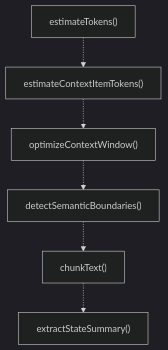
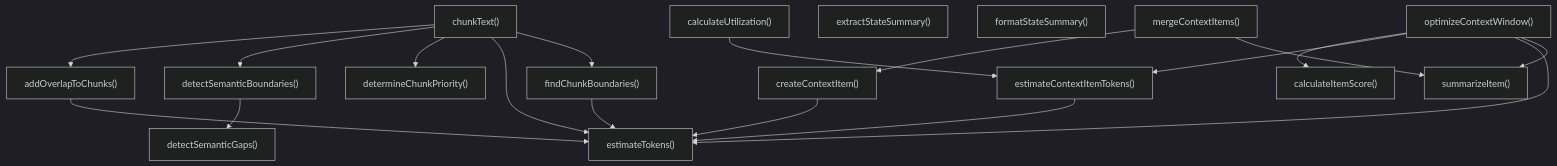
One commit to Mekann2904/mekann changed the second of 2 diagrams in ABDD/.pi/lib/context-engineering.md. Above: the diagram before and after it, drawn with Mermaid (dark theme). The commit also changed other lines of this file and 277 other files, not shown here.

````diff
--- a/ABDD/.pi/lib/context-engineering.md
+++ b/ABDD/.pi/lib/context-engineering.md
@@ -132,14 +132,36 @@
 ```mermaid
 flowchart TD
+  addOverlapToChunks["addOverlapToChunks()"]
+  calculateItemScore["calculateItemScore()"]
+  calculateUtilization["calculateUtilization()"]
+  chunkText["chunkText()"]
+  createContextItem["createContextItem()"]
+  detectSemanticBoundaries["detectSemanticBoundaries()"]
+  detectSemanticGaps["detectSemanticGaps()"]
+  determineChunkPriority["determineChunkPriority()"]
+  estimateContextItemTokens["estimateContextItemTokens()"]
   estimateTokens["estimateTokens()"]
-  estimateContextItemTokens["estimateContextItemTokens()"]
+  extractStateSummary["extractStateSummary()"]
+  findChunkBoundaries["findChunkBoundaries()"]
+  formatStateSummary["formatStateSummary()"]
+  mergeContextItems["mergeContextItems()"]
   optimizeContextWindow["optimizeContextWindow()"]
-  detectSemanticBoundaries["detectSemanticBoundaries()"]
-  chunkText["chunkText()"]
-  extractStateSummary["extractStateSummary()"]
-  estimateTokens -.-> estimateContextItemTokens
-  estimateContextItemTokens -.-> optimizeContextWindow
-  optimizeContextWindow -.-> detectSemanticBoundaries
-  detectSemanticBoundaries -.-> chunkText
-  chunkText -.-> extractStateSummary
+  summarizeItem["summarizeItem()"]
+  addOverlapToChunks --> estimateTokens
+  calculateUtilization --> estimateContextItemTokens
+  chunkText --> addOverlapToChunks
+  chunkText --> detectSemanticBoundaries
+  chunkText --> determineChunkPriority
+  chunkText --> estimateTokens
+  chunkText --> findChunkBoundaries
+  createContextItem --> estimateTokens
+  detectSemanticBoundaries --> detectSemanticGaps
+  estimateContextItemTokens --> estimateTokens
+  findChunkBoundaries --> estimateTokens
+  mergeContextItems --> createContextItem
+  mergeContextItems --> summarizeItem
+  optimizeContextWindow --> calculateItemScore
+  optimizeContextWindow --> estimateContextItemTokens
+  optimizeContextWindow --> estimateTokens
+  optimizeContextWindow --> summarizeItem
 ```
````
